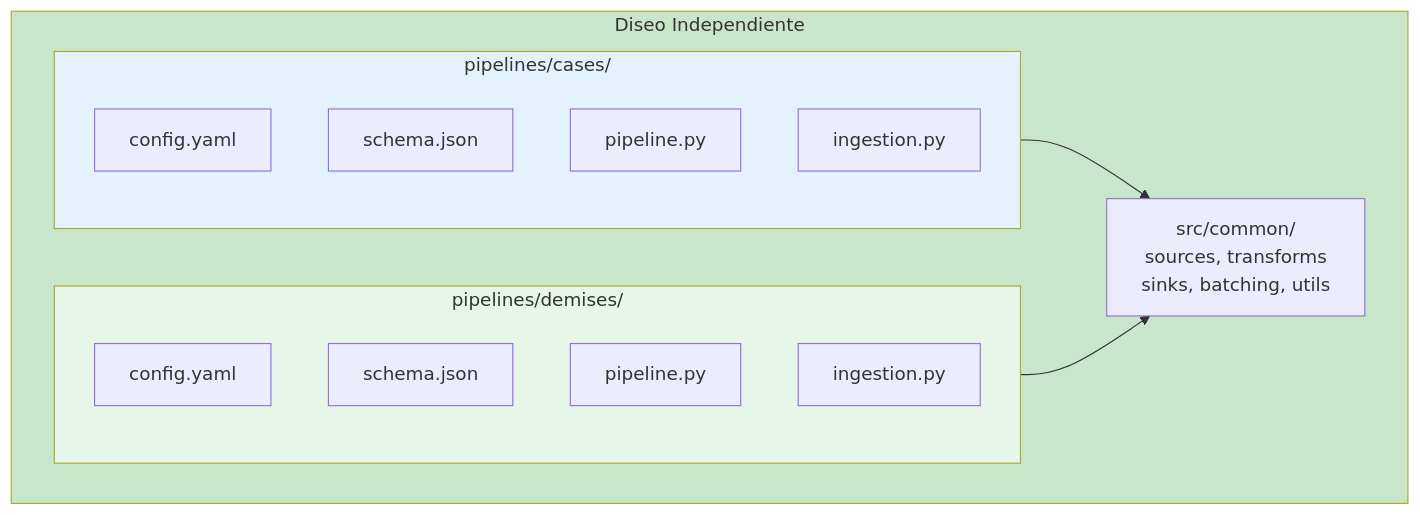
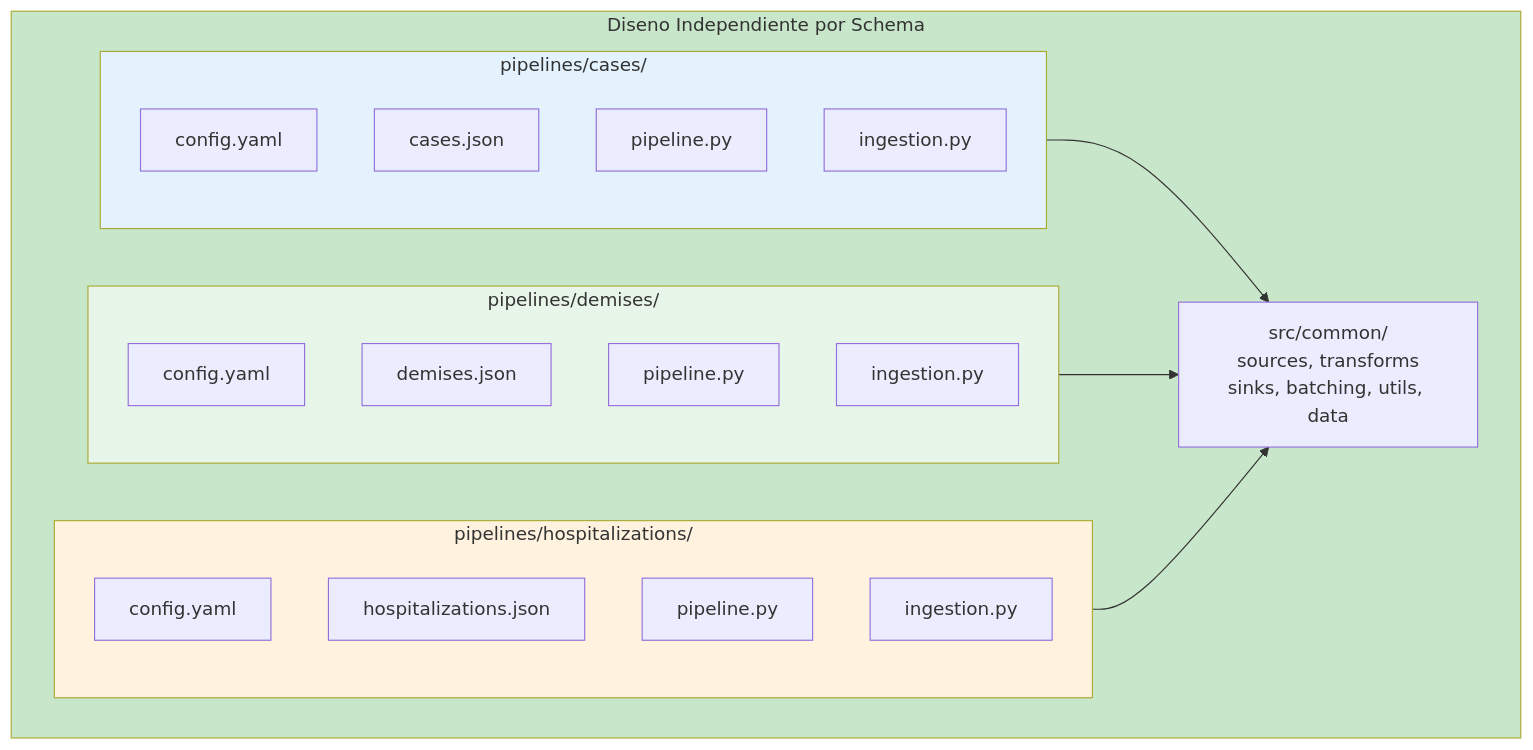
One commit to arthur8davis/tfm-dataflow-architecture changed the first of 12 diagrams in ARCHITECTURE.md. Above: the diagram before and after it, drawn with Mermaid. The commit also changed other lines of this file and 9 other files, not shown here.

````diff
--- a/ARCHITECTURE.md
+++ b/ARCHITECTURE.md
@@ -30,27 +5,36 @@
 ```mermaid
 flowchart TB
-    subgraph Ahora["Diseo Independiente"]
+    subgraph Ahora["Diseno Independiente por Schema"]
         subgraph CasesDir["pipelines/cases/"]
             CC["config.yaml"]
-            CJ["schema.json"]
+            CJ["cases.json"]
             CP["pipeline.py"]
             CI["ingestion.py"]
         end
 
         subgraph DemisesDir["pipelines/demises/"]
             DC["config.yaml"]
-            DJ["schema.json"]
+            DJ["demises.json"]
             DP["pipeline.py"]
             DI["ingestion.py"]
         end
 
-        Common["src/common/\nsources, transforms\nsinks, batching, utils"]
+        subgraph HospDir["pipelines/hospitalizations/"]
+            HC["config.yaml"]
+            HJ["hospitalizations.json"]
+            HP["pipeline.py"]
+            HI["ingestion.py"]
+        end
+
+        Common["src/common/\nsources, transforms\nsinks, batching, utils, data"]
 
         CasesDir --> Common
         DemisesDir --> Common
+        HospDir --> Common
     end
 
     style Ahora fill:#c8e6c9
     style CasesDir fill:#e3f2fd
     style DemisesDir fill:#e8f5e9
+    style HospDir fill:#fff3e0
 ```
````
